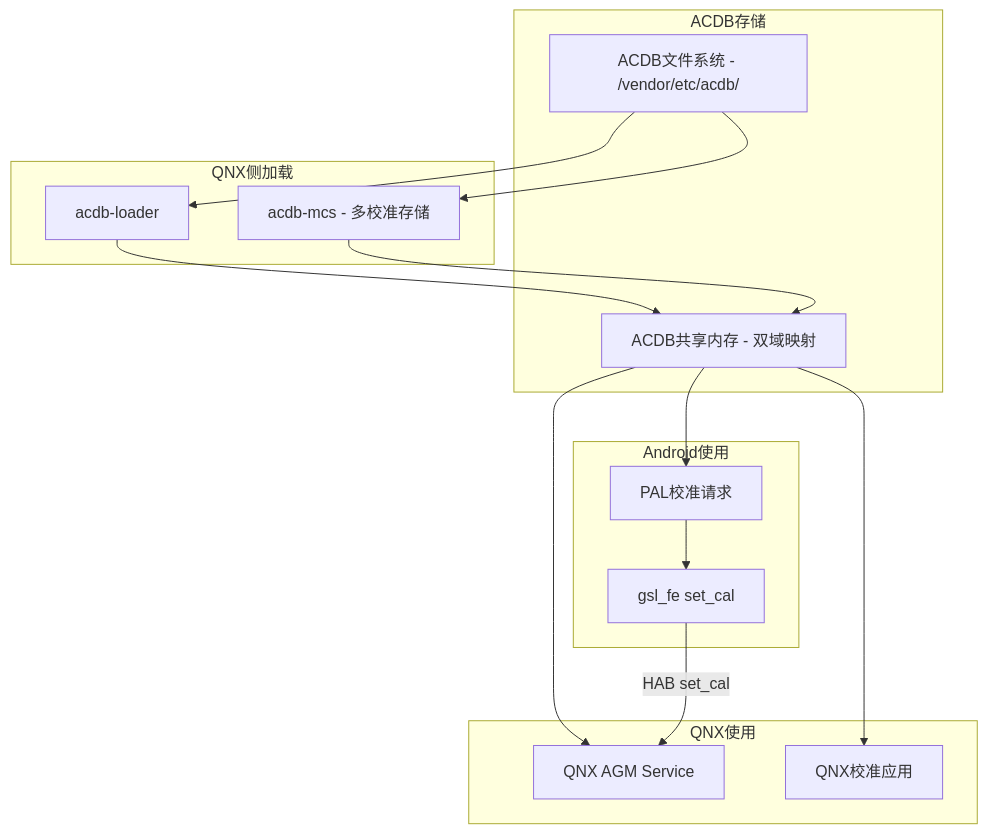
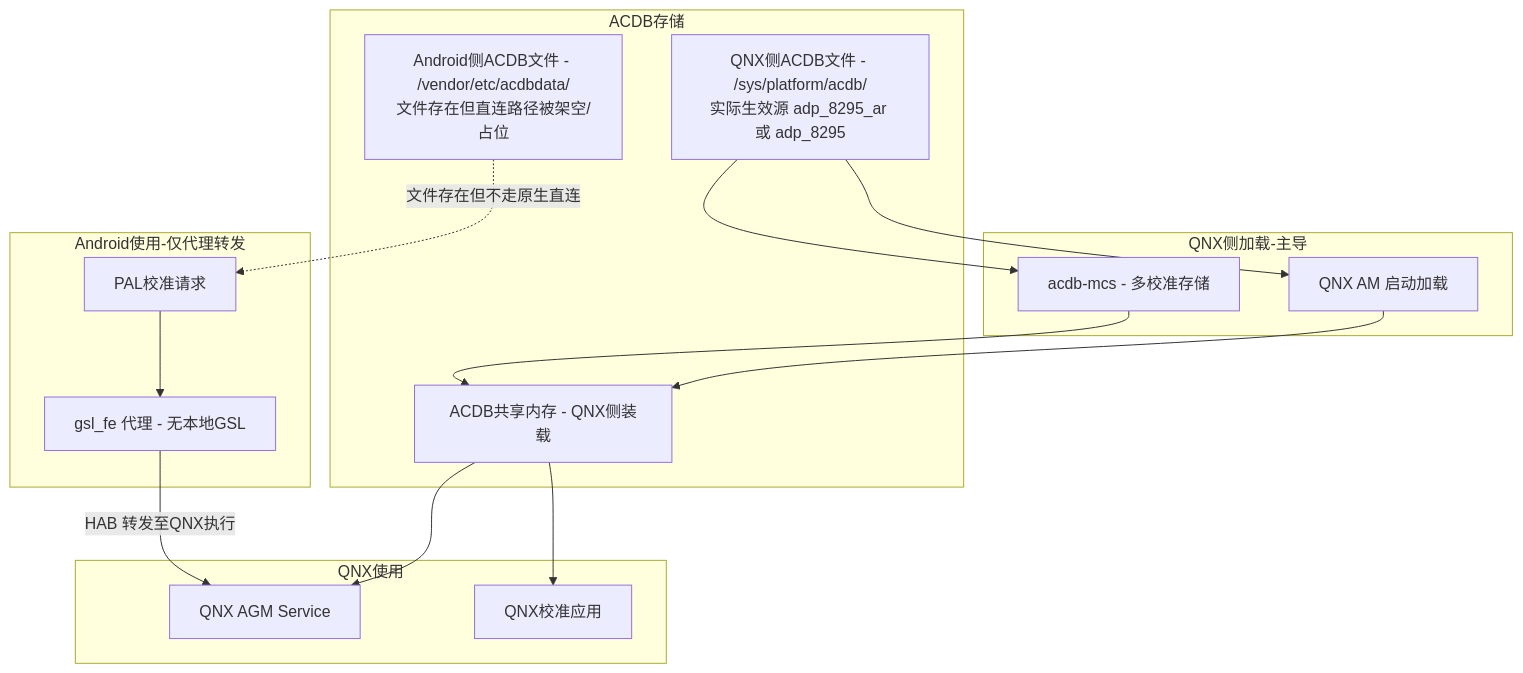
Before and after one commit to yanglinzhen1022/SA8295_AAOS_QNX_Audio_KnowledgeBase: the fourth of 5 diagrams in 16_Vendor_QNX_Architecture/16_16.1_概述.md, drawn with Mermaid. The commit also changed other lines of this file and 1 other file, not shown here.

Commit message:
QNX acdb

````diff
--- a/16_Vendor_QNX_Architecture/16_16.1_概述.md
+++ b/16_Vendor_QNX_Architecture/16_16.1_概述.md
@@ -372,33 +372,34 @@
 ```mermaid
 graph TB
     subgraph ACDB_Storage[ACDB存储]
-        ACDB_FILE[ACDB文件系统 - /vendor/etc/acdb/]
-        ACDB_SHM[ACDB共享内存 - 双域映射]
+        ACDB_QNX[QNX侧ACDB文件 - /sys/platform/acdb/<br/>实际生效源 adp_8295_ar 或 adp_8295]
+        ACDB_AND[Android侧ACDB文件 - /vendor/etc/acdbdata/<br/>文件存在但直连路径被架空/占位]
+        ACDB_SHM[ACDB共享内存 - QNX侧装载]
     end
 
-    subgraph QNX_Loading[QNX侧加载]
-        ACDB_LOADER[acdb-loader]
+    subgraph QNX_Loading[QNX侧加载-主导]
+        ACDB_LOADER[QNX AM 启动加载]
         ACDB_MCS[acdb-mcs - 多校准存储]
     end
 
     subgraph QNX_Usage[QNX使用]
         QNX_AGM[QNX AGM Service]
         QNX_CAL[QNX校准应用]
     end
 
-    subgraph Android_Usage[Android使用]
+    subgraph Android_Usage[Android使用-仅代理转发]
         PAL_CAL[PAL校准请求]
-        GSL_FE_CAL[gsl_fe set_cal]
+        GSL_FE_CAL[gsl_fe 代理 - 无本地GSL]
     end
 
-    ACDB_FILE --> ACDB_LOADER
-    ACDB_FILE --> ACDB_MCS
+    ACDB_QNX --> ACDB_LOADER
+    ACDB_QNX --> ACDB_MCS
     ACDB_LOADER --> ACDB_SHM
     ACDB_MCS --> ACDB_SHM
 
     ACDB_SHM --> QNX_AGM
     ACDB_SHM --> QNX_CAL
-    ACDB_SHM --> PAL_CAL
+    ACDB_AND -.文件存在但不走原生直连.-> PAL_CAL
     PAL_CAL --> GSL_FE_CAL
-    GSL_FE_CAL -->|HAB set_cal| QNX_AGM
+    GSL_FE_CAL -->|HAB 转发至QNX执行| QNX_AGM
 ```
````
